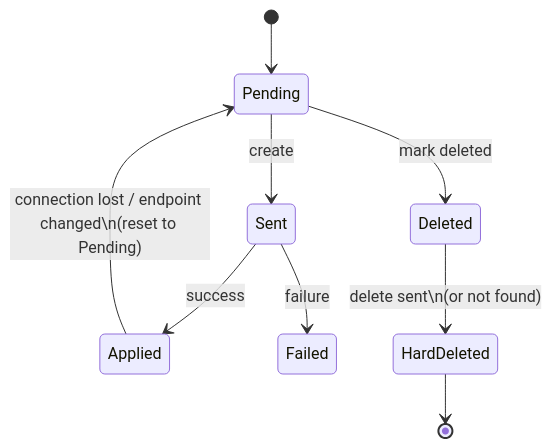
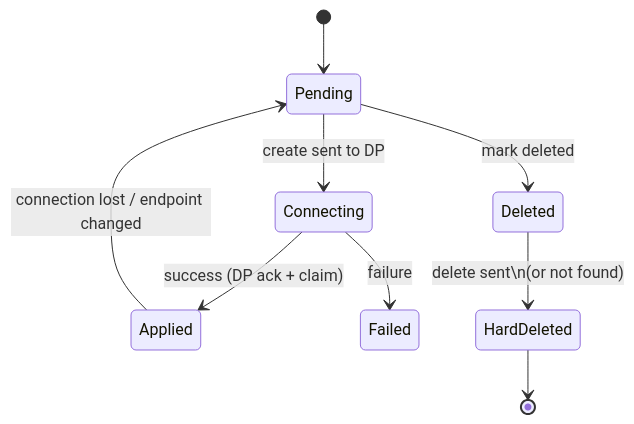
Before and after one commit to agntcy/slim: the third of 4 diagrams in data-plane/control-plane/README.md, drawn with Mermaid. The commit also changed other lines of this file and 1 other file, not shown here.

````diff
--- a/data-plane/control-plane/README.md
+++ b/data-plane/control-plane/README.md
@@ -371,11 +353,11 @@
 ```mermaid
 stateDiagram-v2
     [*] --> Pending
-    Pending --> Sent: create
-    Sent --> Applied: success
-    Sent --> Failed: failure
-    Applied --> Pending: connection lost / endpoint changed\n(reset to Pending)
+    Pending --> Connecting: create sent to DP
+    Connecting --> Applied: success (DP ack + claim)
+    Connecting --> Failed: failure
+    Applied --> Pending: connection lost / endpoint changed
     Pending --> Deleted: mark deleted
     Deleted --> HardDeleted: delete sent\n(or not found)
     HardDeleted --> [*]
 ```
````
